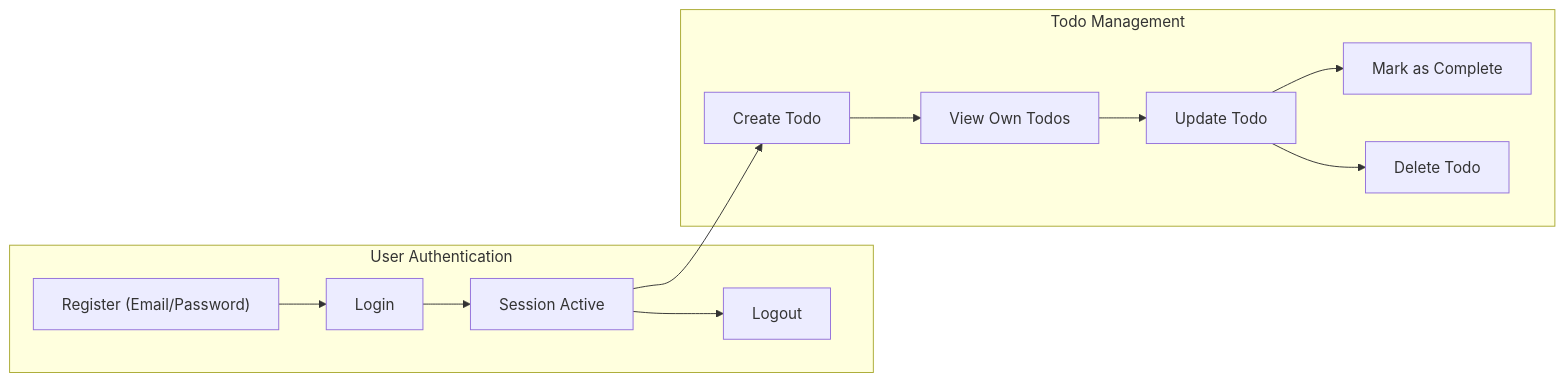
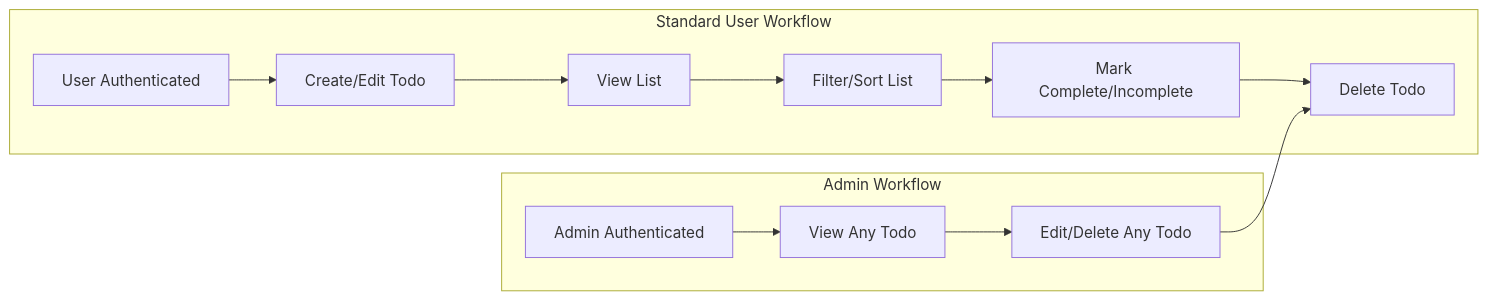
The diagram in docs/analysis/03-business-requirements.md (wrtnlabs/autobe-example-todo-openai-gpt-4.1), drawn with Mermaid before and after one commit. The commit also changed other lines of this file and 153 other files, not shown here.

````diff
--- a/docs/analysis/03-business-requirements.md
+++ b/docs/analysis/03-business-requirements.md
@@ -62,15 +90,16 @@
 ```mermaid
 graph LR
-    subgraph "User Authentication"
-      A["Register (Email/Password)"] --> B["Login"]
-      B --> C["Session Active"]
-      C --> D["Logout"]
+    subgraph "Standard User Workflow"
+        A["User Authenticated"] --> B["Create/Edit Todo"]
+        B --> C["View List"]
+        C --> D["Filter/Sort List"]
+        D --> E["Mark Complete/Incomplete"]
+        E --> F["Delete Todo"]
     end
-    subgraph "Todo Management"
-      E["Create Todo"] --> F["View Own Todos"]
-      F --> G["Update Todo"]
-      G --> H["Mark as Complete"]
-      G --> I["Delete Todo"]
+
+    subgraph "Admin Workflow"
+        X["Admin Authenticated"] --> Y["View Any Todo"]
+        Y --> Z["Edit/Delete Any Todo"]
+        Z --> F
     end
-    C --> E
 ```
````
